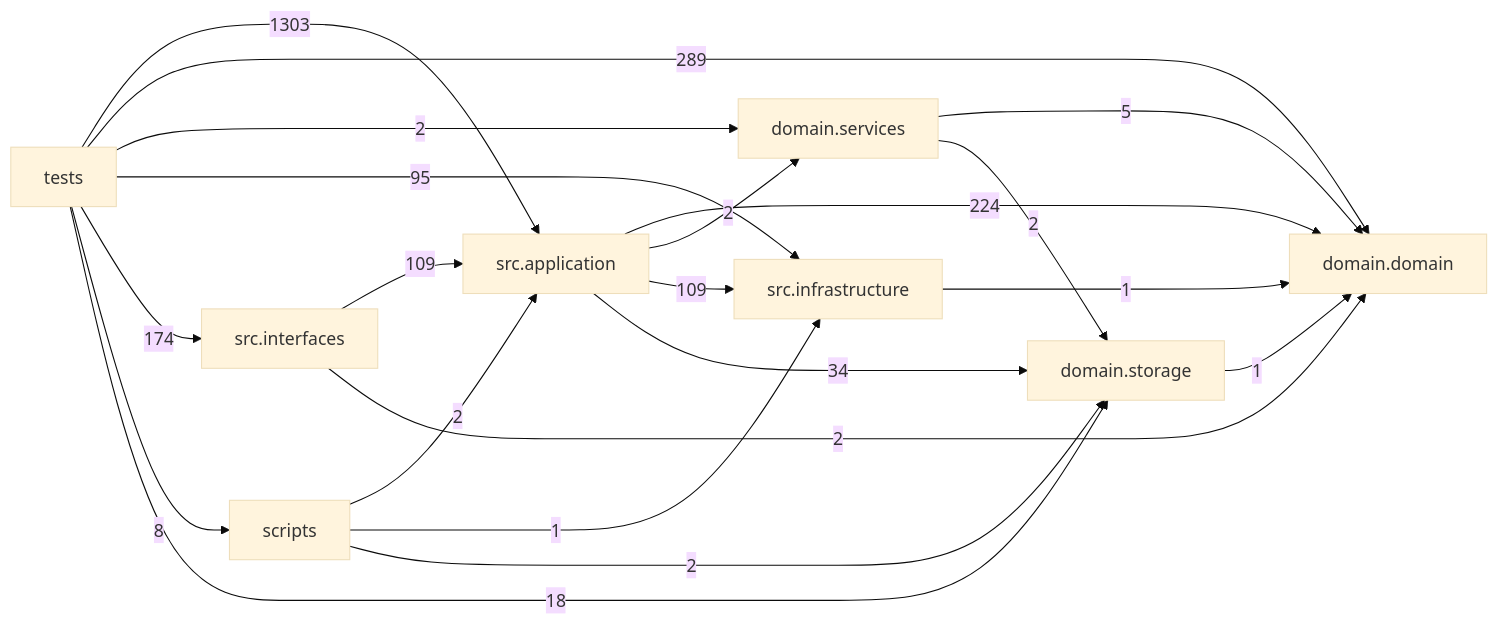
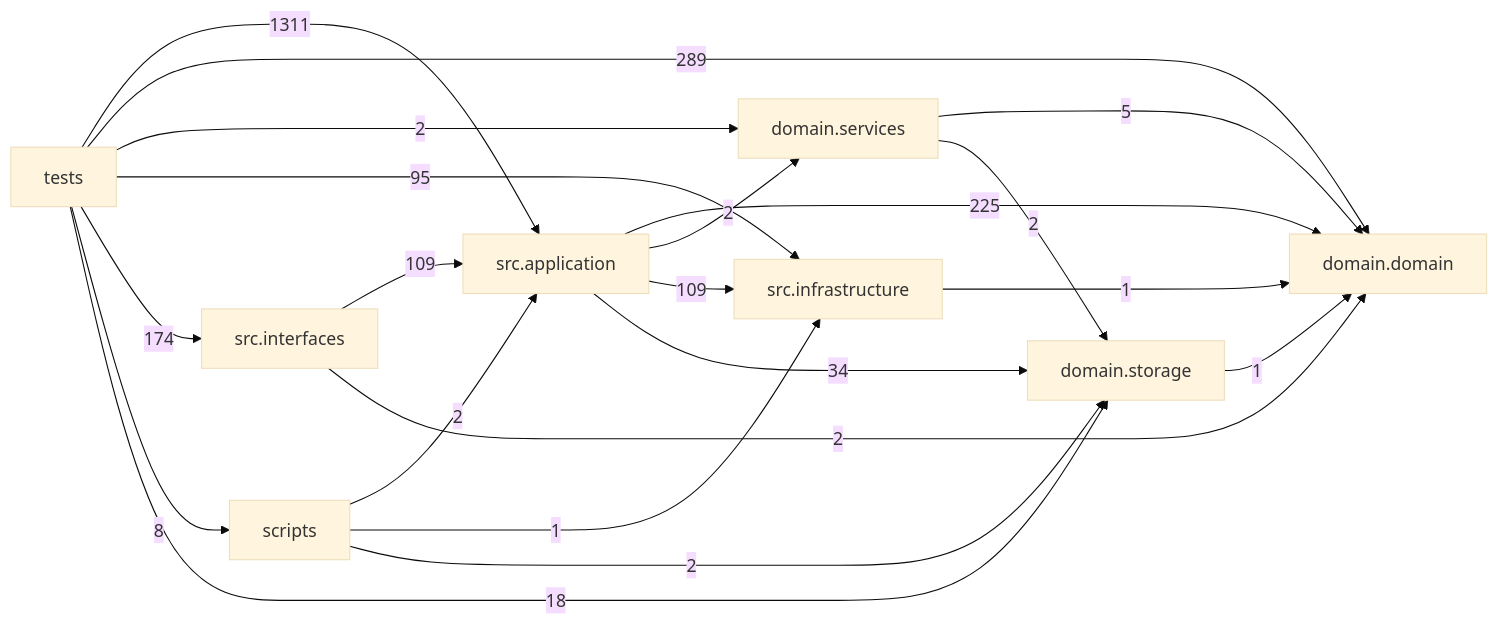
The diagram in docs/DEPENDENCY_GRAPH.md (liuxie066/options-monitor), drawn with Mermaid (base theme) before and after one commit. The commit also changed other lines of this file and 33 other files, not shown here.

````diff
--- a/docs/DEPENDENCY_GRAPH.md
+++ b/docs/DEPENDENCY_GRAPH.md
@@ -24,31 +24,31 @@
 ```mermaid
 flowchart LR
   tests["tests"]
   scripts["scripts"]
   interfaces["src.interfaces"]
   application["src.application"]
   infrastructure["src.infrastructure"]
   domain_services["domain.services"]
   domain["domain.domain"]
   storage["domain.storage"]
-  application -->|224| domain
+  application -->|225| domain
   application -->|2| domain_services
   application -->|109| infrastructure
   application -->|34| storage
   domain_services -->|5| domain
   domain_services -->|2| storage
   infrastructure -->|1| domain
   interfaces -->|109| application
   interfaces -->|2| domain
   scripts -->|2| application
   scripts -->|1| infrastructure
   scripts -->|2| storage
   storage -->|1| domain
-  tests -->|1303| application
+  tests -->|1311| application
   tests -->|289| domain
   tests -->|2| domain_services
   tests -->|95| infrastructure
   tests -->|174| interfaces
   tests -->|8| scripts
   tests -->|18| storage
 ```
````
